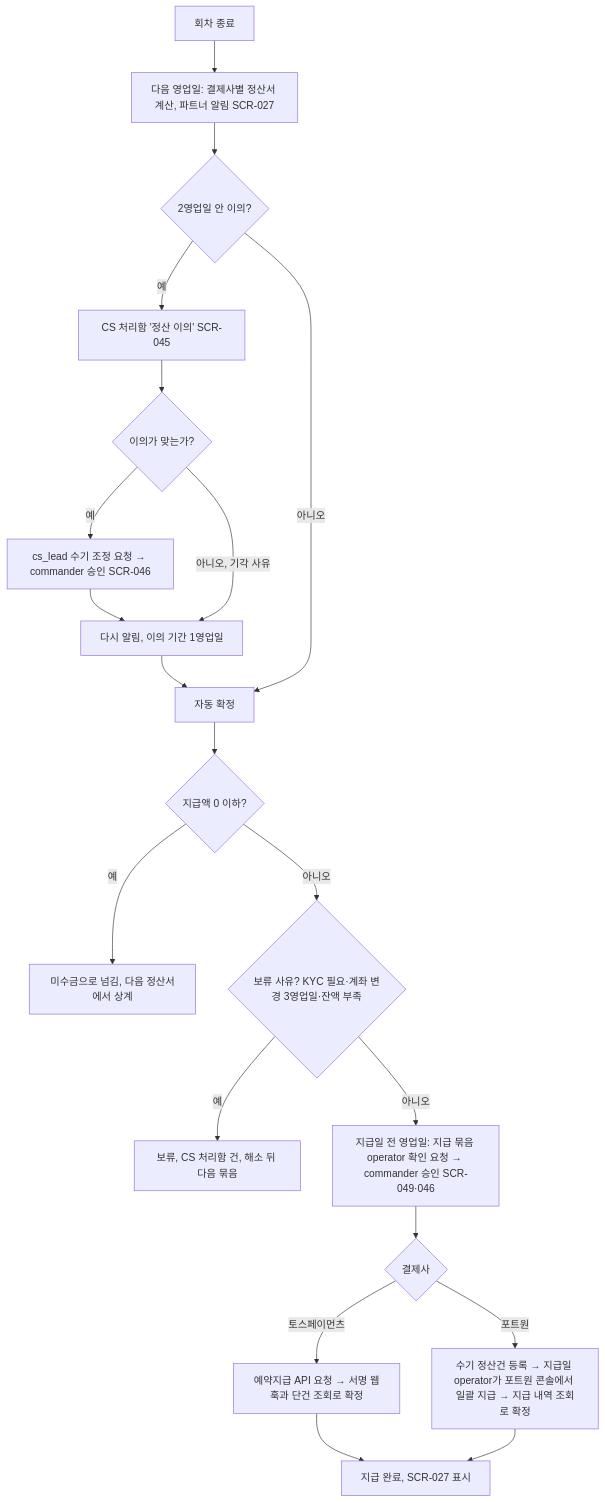
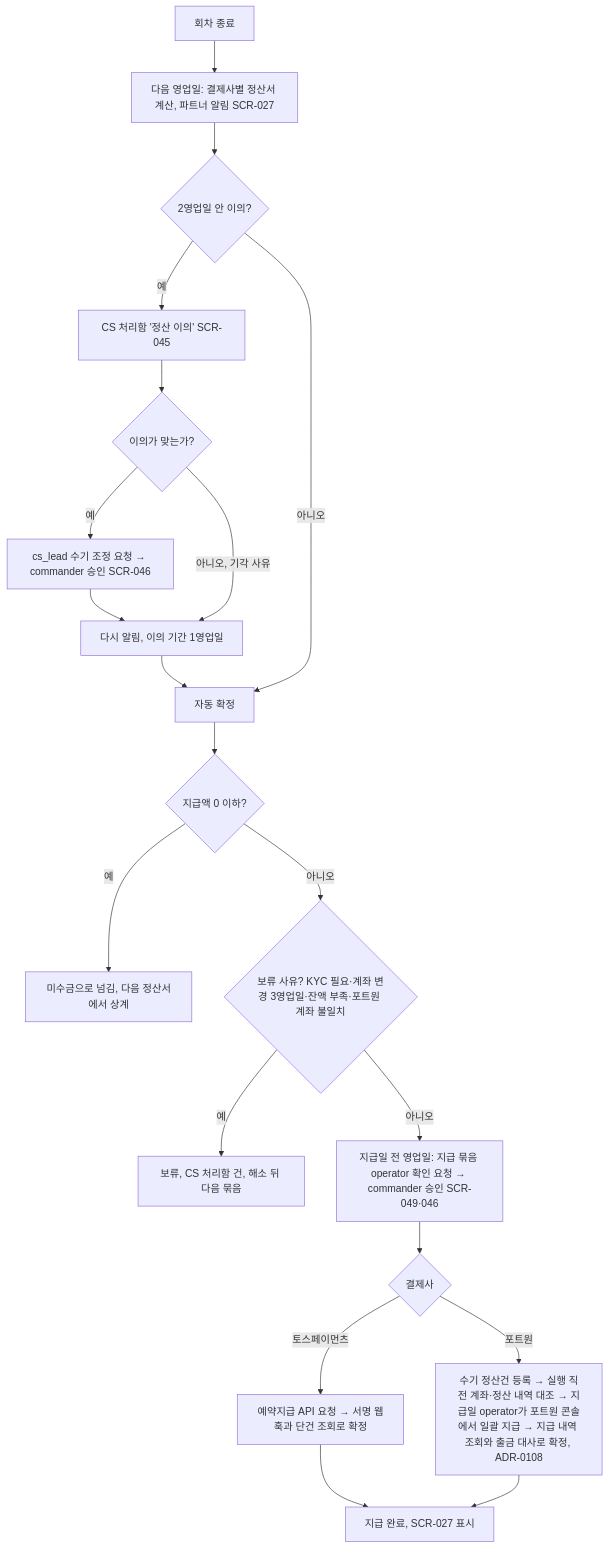
Before and after one commit to peaket/peaket: diagram 13 of 13 in planning/04-ia-flows-screens.md, drawn with Mermaid. The commit also changed other lines of this file and 228 other files, not shown here.

````diff
--- a/planning/04-ia-flows-screens.md
+++ b/planning/04-ia-flows-screens.md
@@ -412,19 +417,19 @@
 ```mermaid
 flowchart TD
     A[회차 종료] --> B[다음 영업일: 결제사별 정산서 계산, 파트너 알림 SCR-027]
     B --> C{2영업일 안 이의?}
     C -- 예 --> D[CS 처리함 '정산 이의' SCR-045] --> E{이의가 맞는가?}
     E -- 예 --> F[cs_lead 수기 조정 요청 → commander 승인 SCR-046] --> R[다시 알림, 이의 기간 1영업일]
     E -- 아니오, 기각 사유 --> R
     R --> G
     C -- 아니오 --> G[자동 확정]
     G --> H{지급액 0 이하?}
     H -- 예 --> I[미수금으로 넘김, 다음 정산서에서 상계]
-    H -- 아니오 --> J{보류 사유? KYC 필요·계좌 변경 3영업일·잔액 부족}
+    H -- 아니오 --> J{보류 사유? KYC 필요·계좌 변경 3영업일·잔액 부족·포트원 계좌 불일치}
     J -- 예 --> K[보류, CS 처리함 건, 해소 뒤 다음 묶음]
     J -- 아니오 --> L[지급일 전 영업일: 지급 묶음 operator 확인 요청 → commander 승인 SCR-049·046]
     L --> M{결제사}
     M -- 토스페이먼츠 --> N[예약지급 API 요청 → 서명 웹훅과 단건 조회로 확정]
-    M -- 포트원 --> O[수기 정산건 등록 → 지급일 operator가 포트원 콘솔에서 일괄 지급 → 지급 내역 조회로 확정]
+    M -- 포트원 --> O[수기 정산건 등록 → 실행 직전 계좌·정산 내역 대조 → 지급일 operator가 포트원 콘솔에서 일괄 지급 → 지급 내역 조회와 출금 대사로 확정, ADR-0108]
     N & O --> P[지급 완료, SCR-027 표시]
 ```
````
